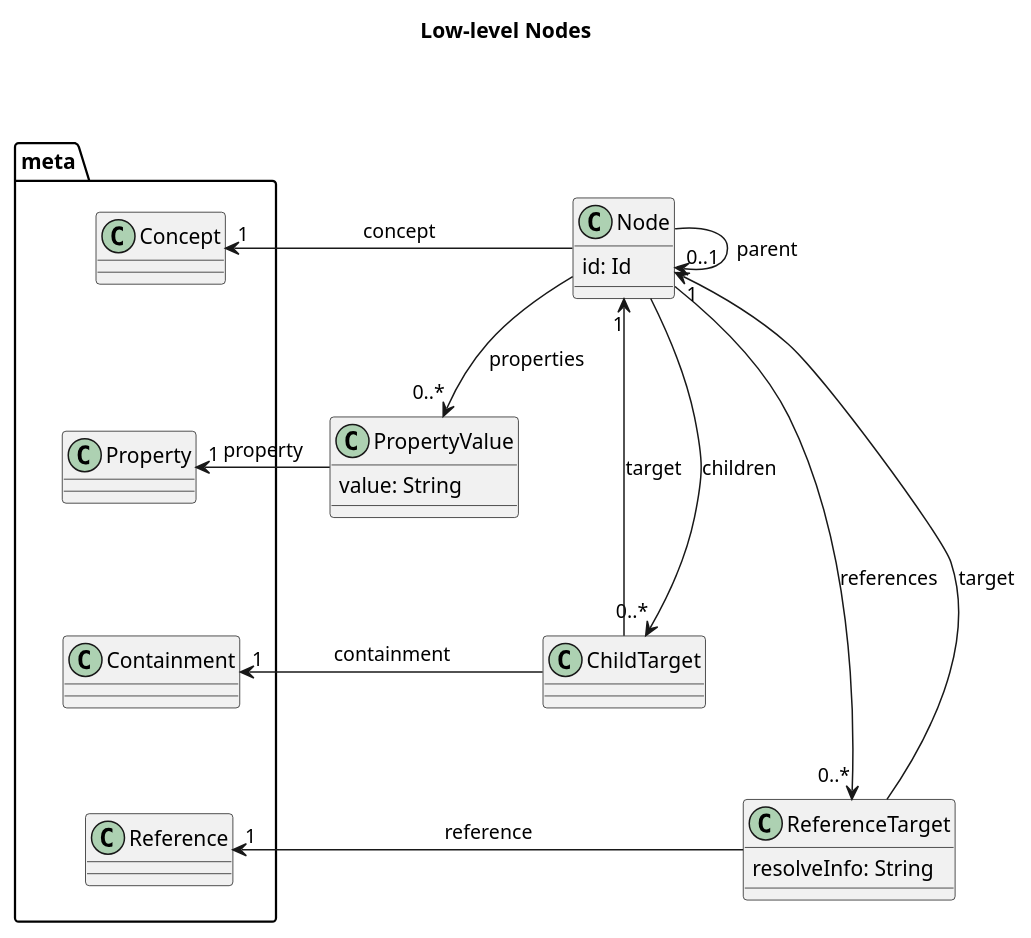
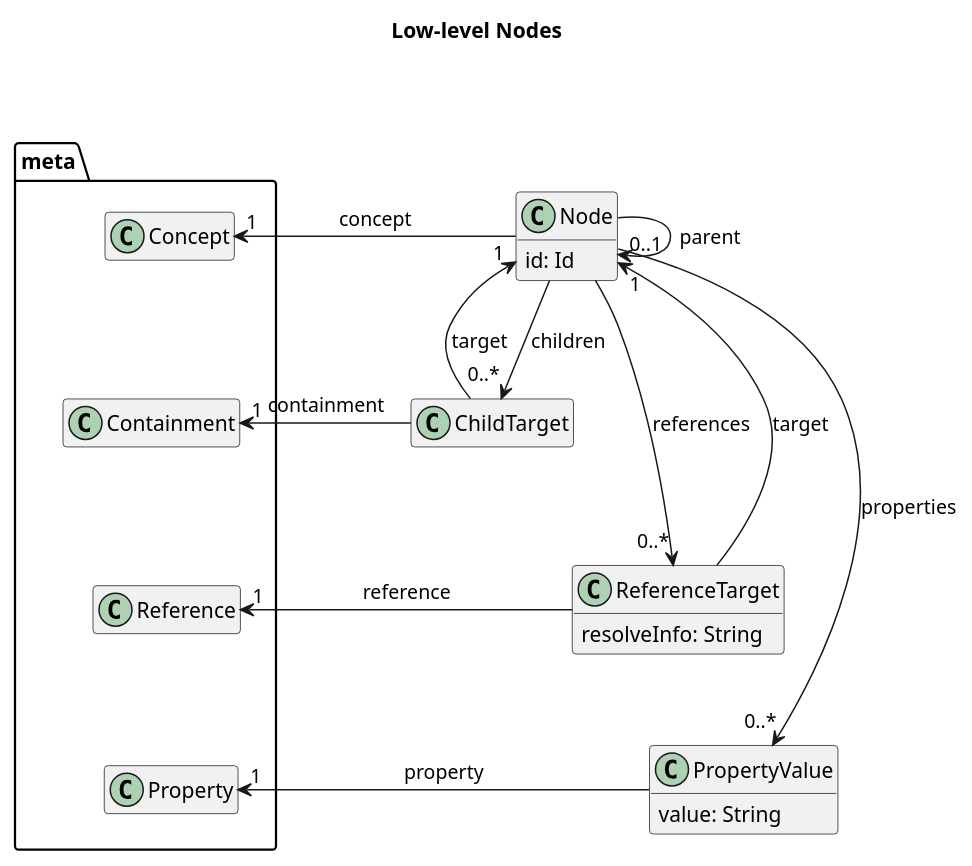
Before and after one commit to LionWeb-io/specification: the diagram in lioncore/lowlevel-nodes.puml, drawn with PlantUML. The commit also changed 2 other files, not shown here.

Commit message:
typed nodes metamodel

```diff
--- a/lioncore/lowlevel-nodes.puml
+++ b/lioncore/lowlevel-nodes.puml
@@ -1,54 +1,59 @@
 @startuml
+title Low-level Nodes
 
-title Low-level Nodes
+hide empty members
 
 package meta {
     class Concept
-    Concept -[hidden]-> Property
-    class Property
-    Property -[hidden]-> Containment
+    Concept -[hidden]-> Containment
     class Containment
     Containment -[hidden]-> Reference
     class Reference
+    Reference -[hidden]-> Property
+    class Property
 }
 
 meta -[hidden]> Node
+
+'Node
 
 class Node {
     id: Id
 }
 
 Node -> "0..1" Node: parent
 Concept "1" <- Node: concept
 
+'Children
+
+Node --> "0..*" ChildTarget: children
+
+class ChildTarget {
+
+}
+
+ChildTarget --> "1" Node: target
+Containment "1" <- ChildTarget: containment
+
+
+'References
+
+Node --> "0..*" ReferenceTarget: references
+
+class ReferenceTarget {
+    resolveInfo: String
+}
+
+ReferenceTarget --> "1" Node: target
+Reference "1" <- ReferenceTarget: reference
+
+'Properties
+
 Node --> "0..*" PropertyValue: properties
 class PropertyValue {
     value: String
 }
 
-
 Property "1" <- PropertyValue: property
 
-Node --> "0..*" ChildTarget: children
-
-PropertyValue -[hidden]-> ChildTarget
-
-class ChildTarget {
-
-}
-
-ChildTarget -> "1" Node: target
-Containment "1" <- ChildTarget: containment
-
-Node --> "0..*" ReferenceTarget: references
-
-ChildTarget -[hidden]-> ReferenceTarget
-
-class ReferenceTarget {
-    resolveInfo: String
-}
-
-ReferenceTarget -> "1" Node: target
-Reference "1" <- ReferenceTarget: reference
-
 @enduml
```
